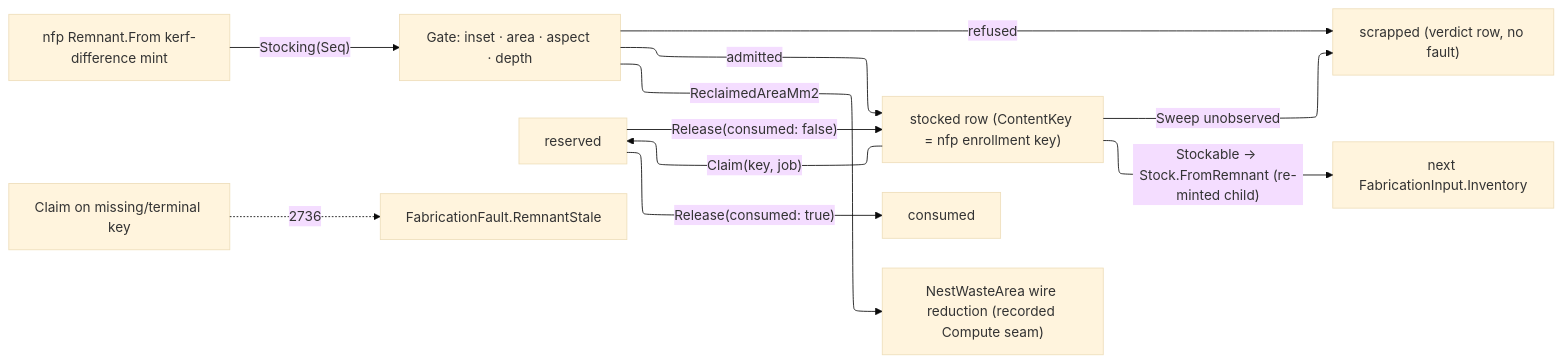
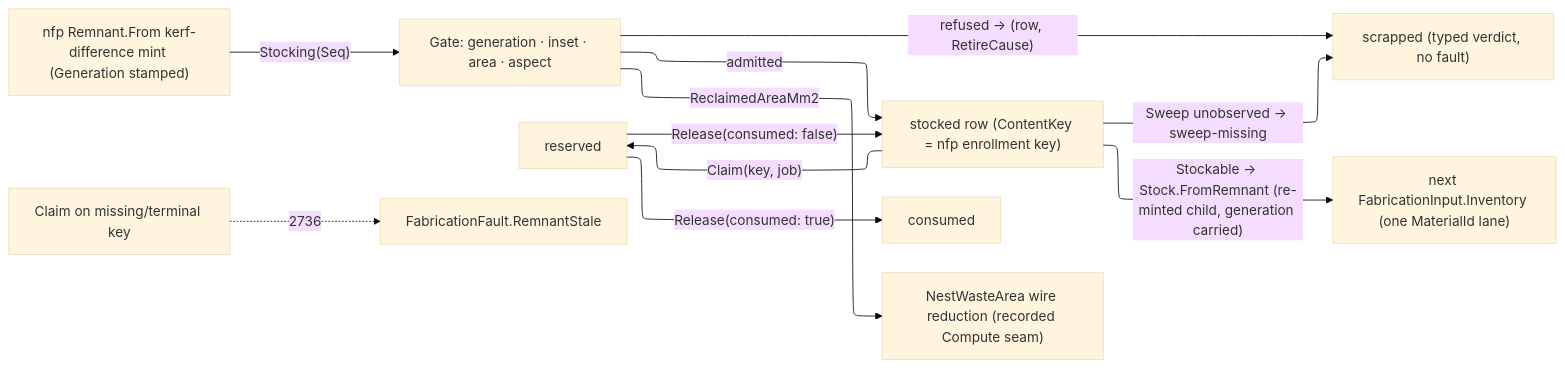
Before and after one commit to bsamiee/Rasm: the diagram in libs/csharp/Rasm.Fabrication/.planning/Nesting/remnant.md, drawn with Mermaid. The commit also changed other lines of this file and 79 other files, not shown here.

````diff
--- a/libs/csharp/Rasm.Fabrication/.planning/Nesting/remnant.md
+++ b/libs/csharp/Rasm.Fabrication/.planning/Nesting/remnant.md
@@ -178,18 +198,18 @@
 ```mermaid
 ---
 config:
   layout: elk
   theme: base
 ---
 flowchart LR
-    Mint["nfp Remnant.From kerf-difference mint"] -->|"Stocking(Seq)"| Gate["Gate: inset · area · aspect · depth"]
+    Mint["nfp Remnant.From kerf-difference mint (Generation stamped)"] -->|"Stocking(Seq)"| Gate["Gate: generation · inset · area · aspect"]
     Gate -->|admitted| Stocked["stocked row (ContentKey = nfp enrollment key)"]
-    Gate -->|refused| Scrapped["scrapped (verdict row, no fault)"]
+    Gate -->|"refused → (row, RetireCause)"| Scrapped["scrapped (typed verdict, no fault)"]
     Stocked -->|"Claim(key, job)"| Reserved["reserved"]
     Reserved -->|"Release(consumed: true)"| Consumed["consumed"]
     Reserved -->|"Release(consumed: false)"| Stocked
-    Stocked -->|Sweep unobserved| Scrapped
+    Stocked -->|"Sweep unobserved → sweep-missing"| Scrapped
     Claim["Claim on missing/terminal key"] -.->|2736| Stale["FabricationFault.RemnantStale"]
-    Stocked -->|"Stockable → Stock.FromRemnant (re-minted child)"| Inventory["next FabricationInput.Inventory"]
+    Stocked -->|"Stockable → Stock.FromRemnant (re-minted child, generation carried)"| Inventory["next FabricationInput.Inventory (one MaterialId lane)"]
     Gate -->|ReclaimedAreaMm2| Waste["NestWasteArea wire reduction (recorded Compute seam)"]
 ```
````
